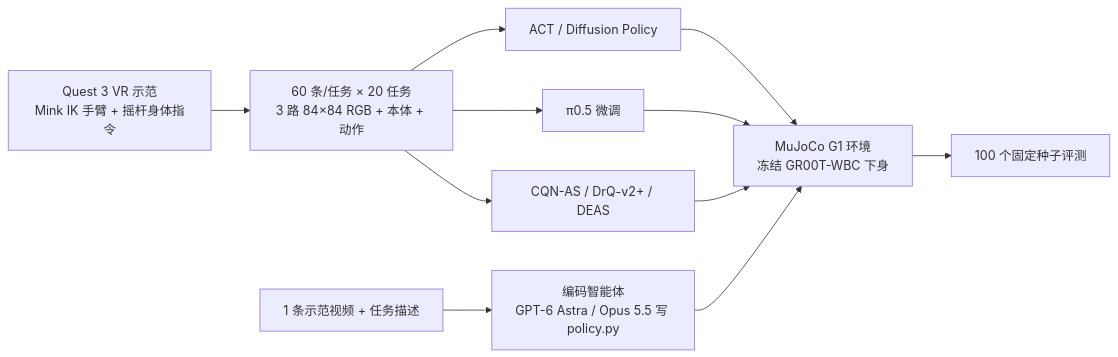
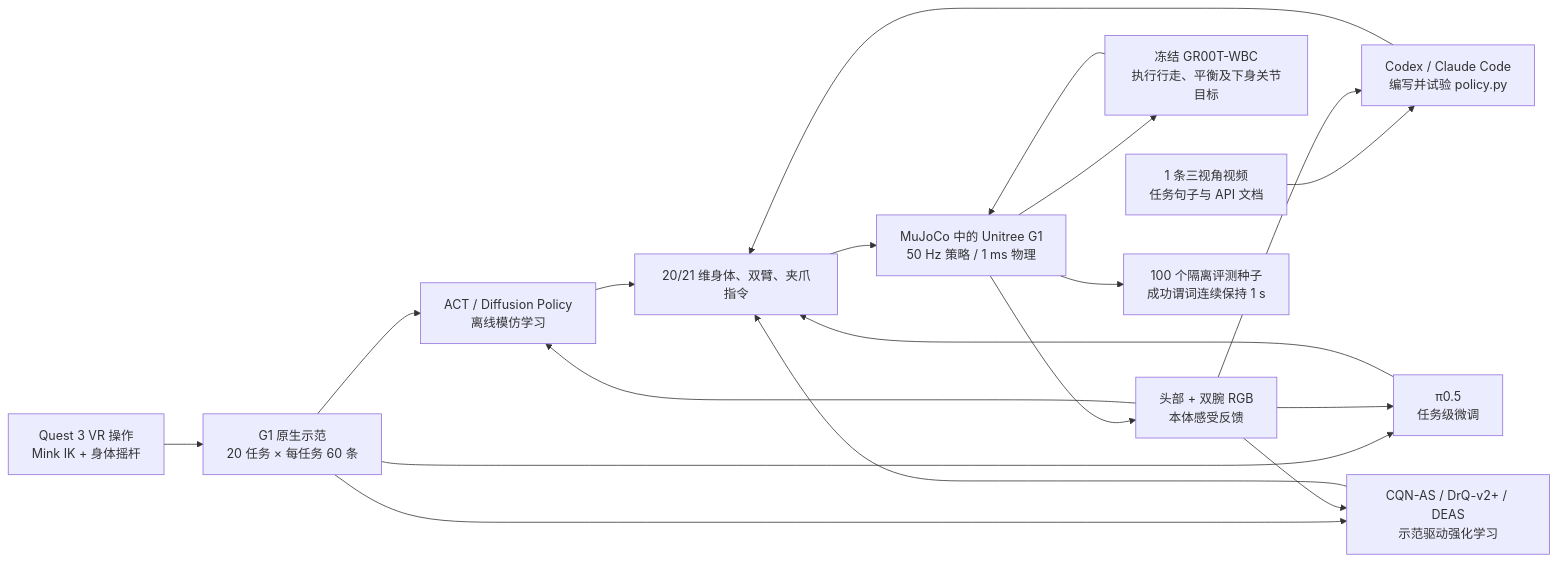
The first of 2 diagrams in wiki/entities/paper-bigym2-humanoid-household-benchmark.md (ImChong/Robotics_Notebooks), drawn with Mermaid before and after one commit. The commit also changed other lines of this file, not shown here.

````diff
--- a/wiki/entities/paper-bigym2-humanoid-household-benchmark.md
+++ b/wiki/entities/paper-bigym2-humanoid-household-benchmark.md
@@ -54,13 +58,21 @@
 ```mermaid
 flowchart LR
-  vr["Quest 3 VR 示范\nMink IK 手臂 + 摇杆身体指令"] --> demo["60 条/任务 × 20 任务\n3 路 84×84 RGB + 本体 + 动作"]
-  demo --> il["ACT / Diffusion Policy"]
-  demo --> vla["π0.5 微调"]
-  demo --> rl["CQN-AS / DrQ-v2+ / DEAS"]
-  vid["1 条示范视频 + 任务描述"] --> agent["编码智能体\nGPT-6 Astra / Opus 5.5 写 policy.py"]
-  il --> env
-  vla --> env
-  rl --> env
-  agent --> env["MuJoCo G1 环境\n冻结 GR00T-WBC 下身"]
-  env --> eval["100 个固定种子评测"]
+  vr["Quest 3 VR 操作<br/>Mink IK + 身体摇杆"] --> data["G1 原生示范<br/>20 任务 × 每任务 60 条"]
+  data --> il["ACT / Diffusion Policy<br/>离线模仿学习"]
+  data --> vla["π0.5<br/>任务级微调"]
+  data --> rl["CQN-AS / DrQ-v2+ / DEAS<br/>示范驱动强化学习"]
+  one["1 条三视角视频<br/>任务句子与 API 文档"] --> agent["Codex / Claude Code<br/>编写并试验 policy.py"]
+  il --> act["20/21 维身体、双臂、夹爪指令"]
+  vla --> act
+  rl --> act
+  agent --> act
+  act --> sim["MuJoCo 中的 Unitree G1<br/>50 Hz 策略 / 1 ms 物理"]
+  sim --> wbc["冻结 GR00T-WBC<br/>执行行走、平衡及下身关节目标"]
+  wbc --> sim
+  sim --> obs["头部 + 双腕 RGB<br/>本体感受反馈"]
+  obs --> il
+  obs --> vla
+  obs --> rl
+  obs --> agent
+  sim --> eval["100 个隔离评测种子<br/>成功谓词连续保持 1 s"]
 ```
````
